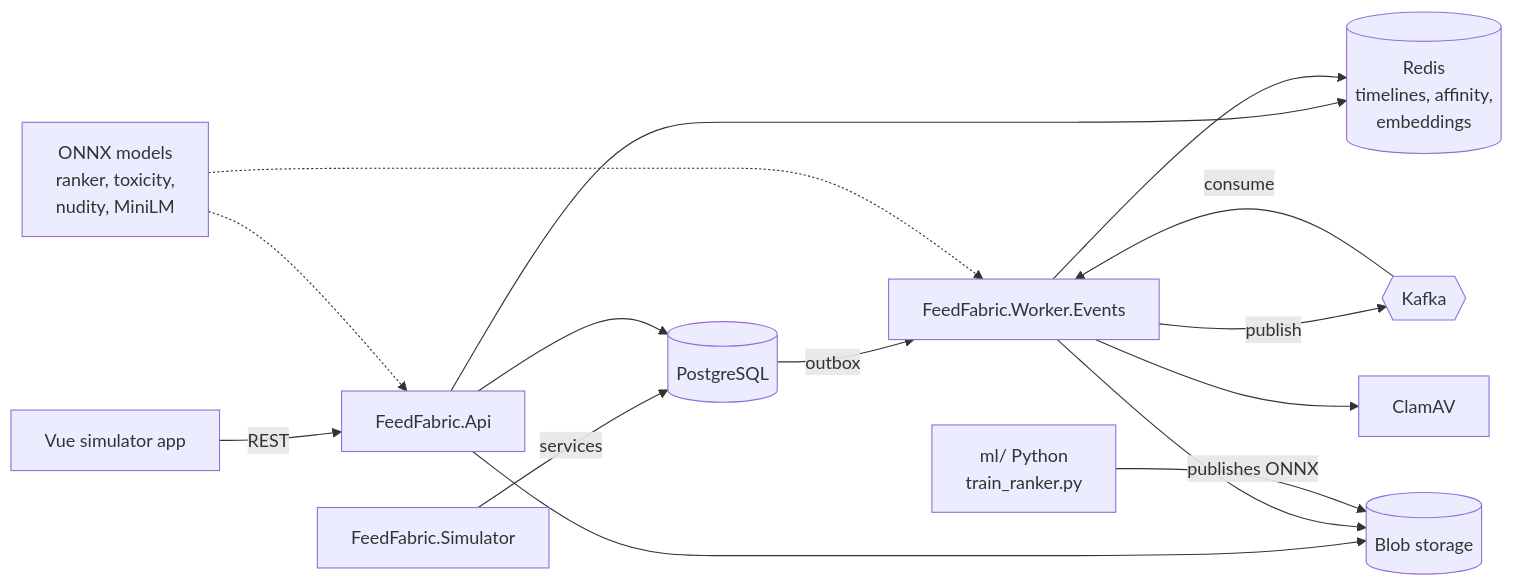
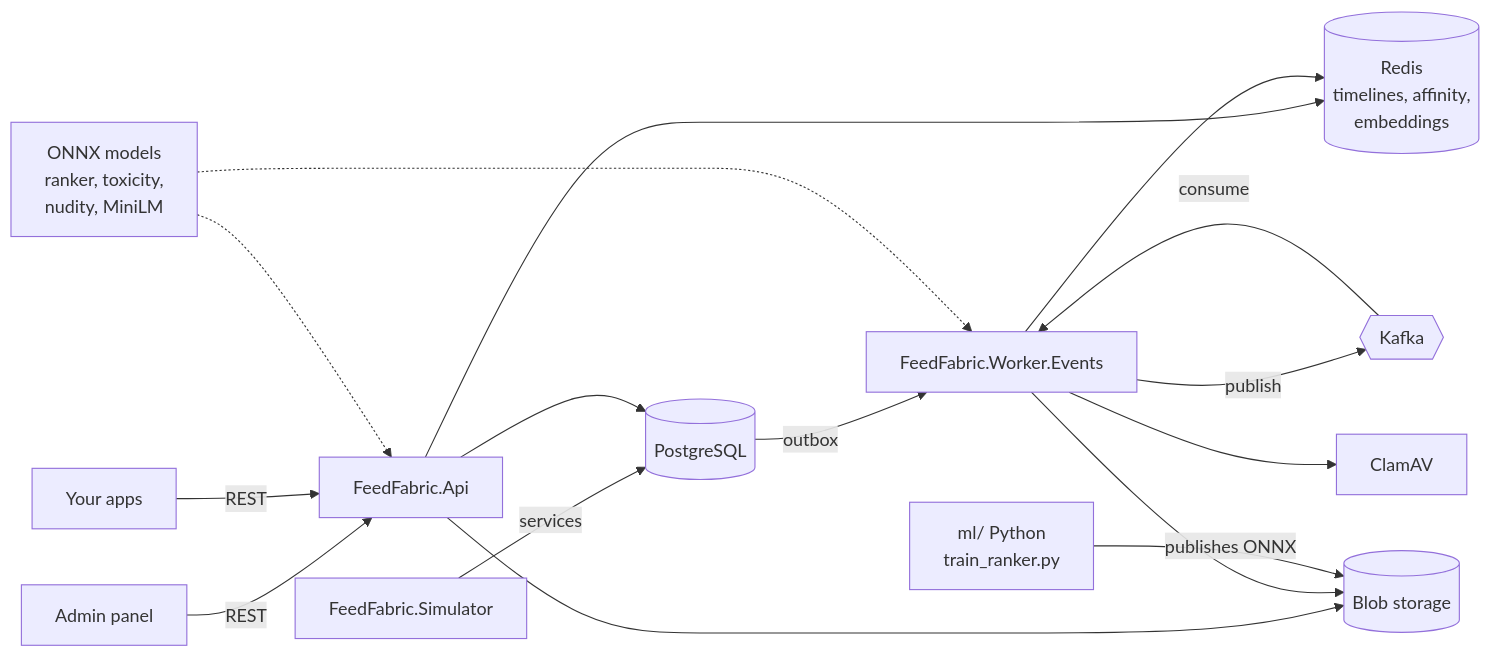
Before and after one commit to feedfabric/feedfabric: the diagram in README.md, drawn with Mermaid. The commit also changed other lines of this file and 153 other files, not shown here.

First line of the commit message:
Add moderation review queue, admin panel and pluggable sign-in

````diff
--- a/README.md
+++ b/README.md
@@ -44,17 +45,18 @@
 ```mermaid
 flowchart LR
-    App[Vue simulator app] -->|REST| API[FeedFabric.Api]
+    Admin[Admin panel] -->|REST| API[FeedFabric.Api]
+    Apps[Your apps] -->|REST| API
     Sim[FeedFabric.Simulator] -->|services| DB
     API --> DB[(PostgreSQL)]
     API --> Redis[(Redis<br/>timelines, affinity,<br/>embeddings)]
     API --> Blob[(Blob storage)]
     DB -->|outbox| Worker[FeedFabric.Worker.Events]
     Worker -->|publish| Kafka{{Kafka}}
     Kafka -->|consume| Worker
     Worker --> Redis
     Worker --> ClamAV[ClamAV]
     Worker --> Blob
     Models[ONNX models<br/>ranker, toxicity,<br/>nudity, MiniLM] -.-> API
     Models -.-> Worker
     ML[ml/ Python<br/>train_ranker.py] -->|publishes ONNX| Blob
 ```
````
